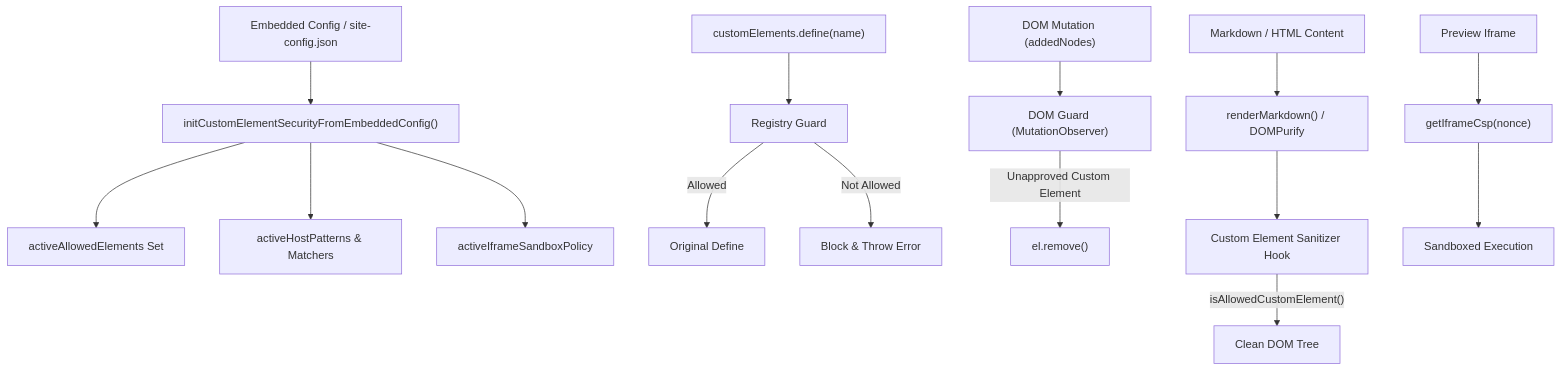
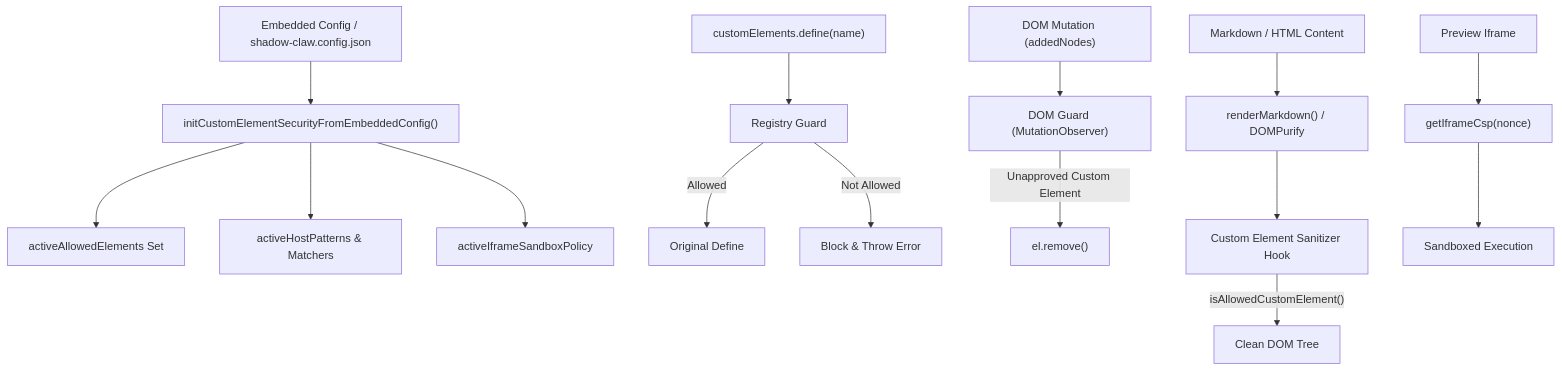
Before and after one commit to xt-ml/shadow-claw: the diagram in docs/subsystems/custom-element-security.md, drawn with Mermaid. The commit also changed other lines of this file and 61 other files, not shown here.

````diff
--- a/docs/subsystems/custom-element-security.md
+++ b/docs/subsystems/custom-element-security.md
@@ -21,21 +21,21 @@
 ```mermaid
 graph TD
-  A["Embedded Config / site-config.json"] --> B["initCustomElementSecurityFromEmbeddedConfig()"]
+  A["Embedded Config / shadow-claw.config.json"] --> B["initCustomElementSecurityFromEmbeddedConfig()"]
   B --> C["activeAllowedElements Set"]
   B --> D["activeHostPatterns & Matchers"]
   B --> E["activeIframeSandboxPolicy"]
 
   F["customElements.define(name)"] --> G["Registry Guard"]
   G -- "Allowed" --> H["Original Define"]
   G -- "Not Allowed" --> I["Block & Throw Error"]
 
   J["DOM Mutation (addedNodes)"] --> K["DOM Guard (MutationObserver)"]
   K -- "Unapproved Custom Element" --> L["el.remove()"]
 
   M["Markdown / HTML Content"] --> N["renderMarkdown() / DOMPurify"]
   N --> O["Custom Element Sanitizer Hook"]
   O -- "isAllowedCustomElement()" --> P["Clean DOM Tree"]
 
   Q["Preview Iframe"] --> R["getIframeCsp(nonce)"]
   R --> S["Sandboxed Execution"]
 ```
````
